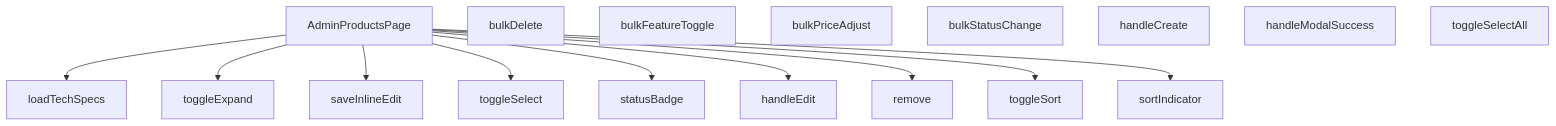
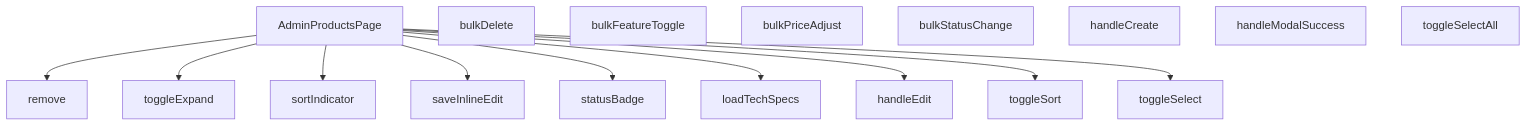
One commit to peckop/venthub-hvac-esite changed the diagram in src/views/admin/AdminProductsPage.md. Above: the diagram before and after it, drawn with Mermaid. The commit also changed other lines of this file and 113 other files, not shown here.

````diff
--- a/src/views/admin/AdminProductsPage.md
+++ b/src/views/admin/AdminProductsPage.md
@@ -487,29 +484,29 @@
 ```mermaid
 graph TD
     AdminProductsPage_tsx__AdminProductsPage["AdminProductsPage"]
     AdminProductsPage_tsx__bulkDelete["bulkDelete"]
     AdminProductsPage_tsx__bulkFeatureToggle["bulkFeatureToggle"]
     AdminProductsPage_tsx__bulkPriceAdjust["bulkPriceAdjust"]
     AdminProductsPage_tsx__bulkStatusChange["bulkStatusChange"]
     AdminProductsPage_tsx__handleCreate["handleCreate"]
     AdminProductsPage_tsx__handleEdit["handleEdit"]
     AdminProductsPage_tsx__handleModalSuccess["handleModalSuccess"]
     AdminProductsPage_tsx__loadTechSpecs["loadTechSpecs"]
     AdminProductsPage_tsx__remove["remove"]
     AdminProductsPage_tsx__saveInlineEdit["saveInlineEdit"]
     AdminProductsPage_tsx__sortIndicator["sortIndicator"]
     AdminProductsPage_tsx__statusBadge["statusBadge"]
     AdminProductsPage_tsx__toggleExpand["toggleExpand"]
     AdminProductsPage_tsx__toggleSelect["toggleSelect"]
     AdminProductsPage_tsx__toggleSelectAll["toggleSelectAll"]
     AdminProductsPage_tsx__toggleSort["toggleSort"]
+    AdminProductsPage_tsx__AdminProductsPage --> AdminProductsPage_tsx__remove
+    AdminProductsPage_tsx__AdminProductsPage --> AdminProductsPage_tsx__toggleExpand
+    AdminProductsPage_tsx__AdminProductsPage --> AdminProductsPage_tsx__sortIndicator
+    AdminProductsPage_tsx__AdminProductsPage --> AdminProductsPage_tsx__saveInlineEdit
+    AdminProductsPage_tsx__AdminProductsPage --> AdminProductsPage_tsx__statusBadge
     AdminProductsPage_tsx__AdminProductsPage --> AdminProductsPage_tsx__loadTechSpecs
-    AdminProductsPage_tsx__AdminProductsPage --> AdminProductsPage_tsx__toggleExpand
-    AdminProductsPage_tsx__AdminProductsPage --> AdminProductsPage_tsx__saveInlineEdit
+    AdminProductsPage_tsx__AdminProductsPage --> AdminProductsPage_tsx__handleEdit
+    AdminProductsPage_tsx__AdminProductsPage --> AdminProductsPage_tsx__toggleSort
     AdminProductsPage_tsx__AdminProductsPage --> AdminProductsPage_tsx__toggleSelect
-    AdminProductsPage_tsx__AdminProductsPage --> AdminProductsPage_tsx__statusBadge
-    AdminProductsPage_tsx__AdminProductsPage --> AdminProductsPage_tsx__handleEdit
-    AdminProductsPage_tsx__AdminProductsPage --> AdminProductsPage_tsx__remove
-    AdminProductsPage_tsx__AdminProductsPage --> AdminProductsPage_tsx__toggleSort
-    AdminProductsPage_tsx__AdminProductsPage --> AdminProductsPage_tsx__sortIndicator
 ```
````
